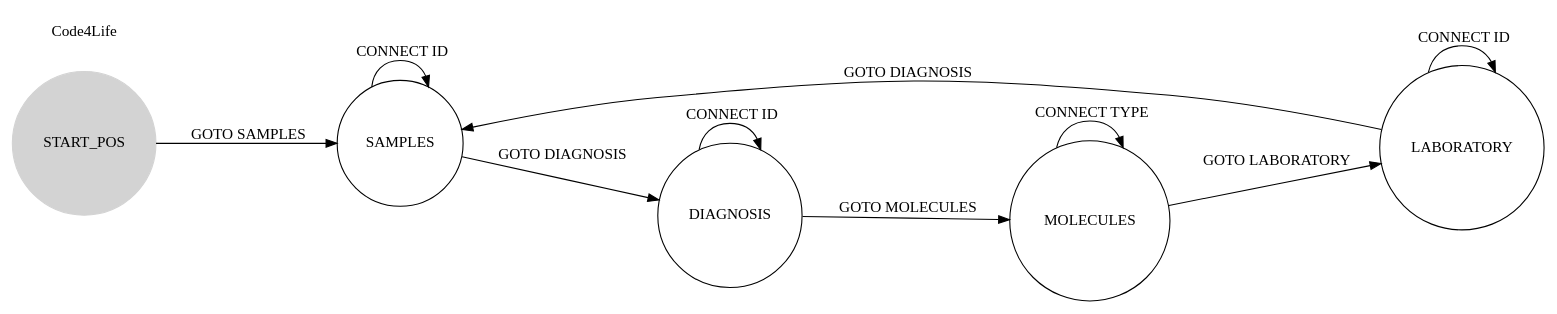
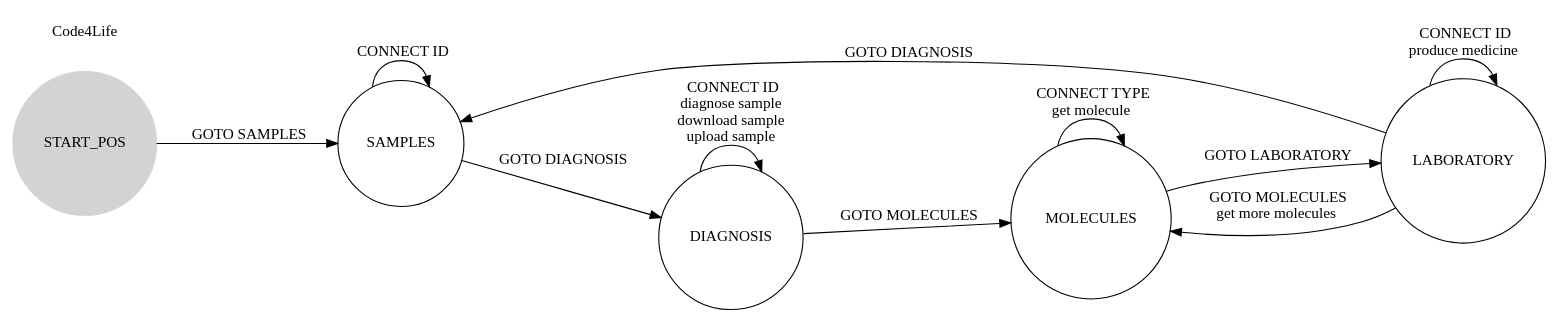
The diagram in README.adoc (packerboy/code4life), drawn with Graphviz before and after one commit.

Commit message:
Update README.adoc
Add new desired transitions and change syntax
hoping for github to render it.

```diff
--- a/README.adoc
+++ b/README.adoc
@@ -17,28 +17,28 @@
-["graphviz", "sample2.png"]
----------------------------------------------------------------------
+[graphviz]
+....
 digraph code4life {
   rankdir=LR;
   node [shape = circle];
   START_POS [ style = filled, color=lightgrey ];
   DIAGNOSIS
   MOLECULES
   LABORATORY
-  #2 [ shape = doublecircle ];
-  START_POS  -> SAMPLES   [ label = "  GOTO SAMPLES"];
+  START_POS  -> SAMPLES   [ label = "  GOTO SAMPLES\n"];
 
   SAMPLES    -> SAMPLES   [ label = "  CONNECT ID"];
   SAMPLES    -> DIAGNOSIS [ label = "  GOTO DIAGNOSIS"];
 
 
-  DIAGNOSIS  -> DIAGNOSIS   [ label = "  CONNECT ID"];
+  DIAGNOSIS  -> DIAGNOSIS   [ label = "  CONNECT ID\ndiagnose sample\ndownload sample\nupload sample"];
   DIAGNOSIS  -> MOLECULES   [ label = "  GOTO MOLECULES"];
   
-  MOLECULES  -> MOLECULES   [ label = "  CONNECT TYPE"];
+  MOLECULES  -> MOLECULES   [ label = "  CONNECT TYPE\nget molecule"];
   MOLECULES  -> LABORATORY  [ label = "  GOTO LABORATORY"];
   
-  LABORATORY -> LABORATORY  [ label = "  CONNECT ID"];
+  LABORATORY -> LABORATORY  [ label = "  CONNECT ID\nproduce medicine"];
   LABORATORY -> SAMPLES   [ label = "  GOTO DIAGNOSIS"];
+  LABORATORY -> MOLECULES   [ label = "  GOTO MOLECULES\nget more molecules"];
 
   "Code4Life" [ shape = plaintext ];
 }
----------------------------------------------------------------------
+....
```
